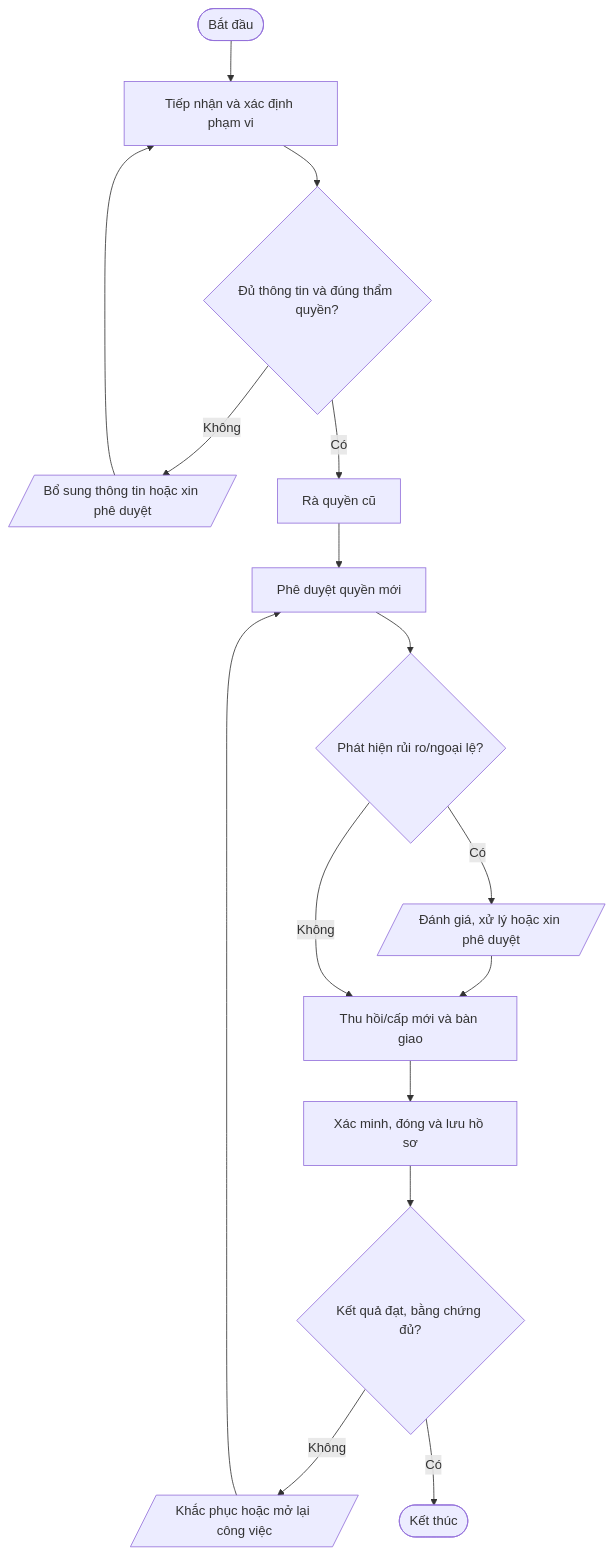
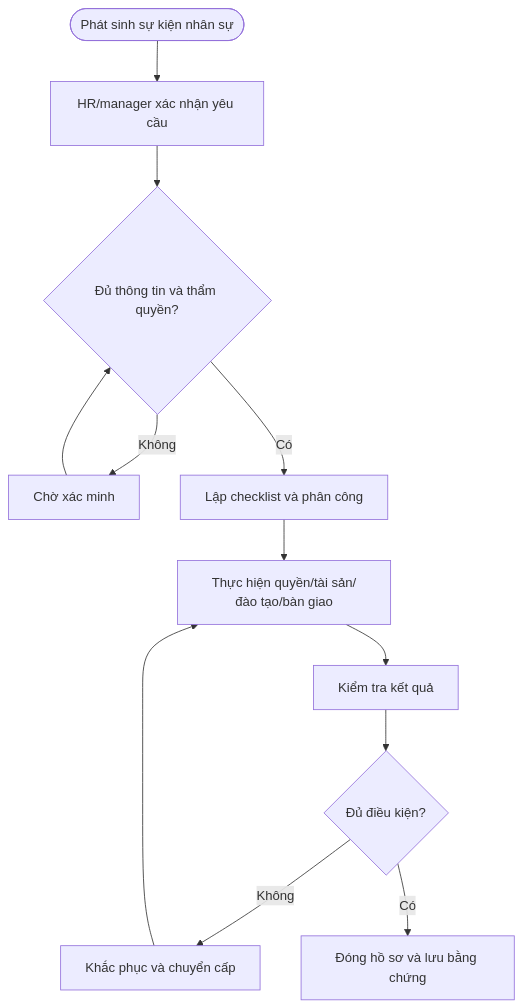
The diagram in quy-trinh/chi-tiet/QT-HR-02.md (daoaigiangnam/Quy_Trinh_Chuan), drawn with Mermaid before and after one commit. The commit also changed other lines of this file, not shown here.

````diff
--- a/quy-trinh/chi-tiet/QT-HR-02.md
+++ b/quy-trinh/chi-tiet/QT-HR-02.md
@@ -31,18 +121,14 @@
 ```mermaid
 flowchart TD
-  A([Bắt đầu]) --> S1["Tiếp nhận và xác định phạm vi"]
-  S1 --> D1{"Đủ thông tin và đúng thẩm quyền?"}
-  D1 -- Không --> F1[/"Bổ sung thông tin hoặc xin phê duyệt"/]
-  F1 --> S1
-  D1 -- Có --> S2["Rà quyền cũ"]
-  S2 --> S3["Phê duyệt quyền mới"]
-  S3 --> D2{"Phát hiện rủi ro/ngoại lệ?"}
-  D2 -- Có --> RISK[/"Đánh giá, xử lý hoặc xin phê duyệt"/]
-  RISK --> S4["Thu hồi/cấp mới và bàn giao"]
-  D2 -- Không --> S4
-  S4 --> S5["Xác minh, đóng và lưu hồ sơ"]
-  S5 --> D3{"Kết quả đạt, bằng chứng đủ?"}
-  D3 -- Không --> R[/"Khắc phục hoặc mở lại công việc"/]
-  R --> S3
-  D3 -- Có --> Z([Kết thúc])
+ A([Phát sinh sự kiện nhân sự]) --> B[HR/manager xác nhận yêu cầu]
+ B --> C{Đủ thông tin và thẩm quyền?}
+ C -- Không --> D[Chờ xác minh]
+ D --> C
+ C -- Có --> E[Lập checklist và phân công]
+ E --> F[Thực hiện quyền/tài sản/đào tạo/bàn giao]
+ F --> G[Kiểm tra kết quả]
+ G --> H{Đủ điều kiện?}
+ H -- Không --> I[Khắc phục và chuyển cấp]
+ I --> F
+ H -- Có --> J[Đóng hồ sơ và lưu bằng chứng]
 ```
````
